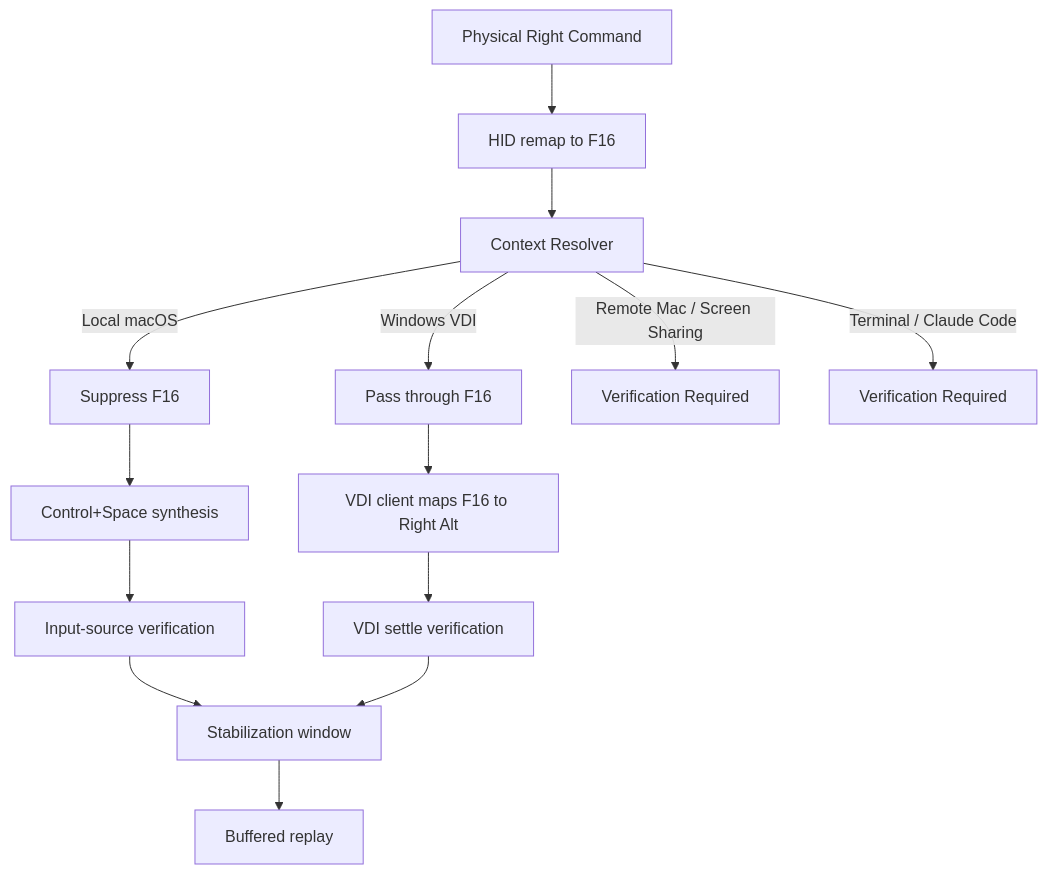
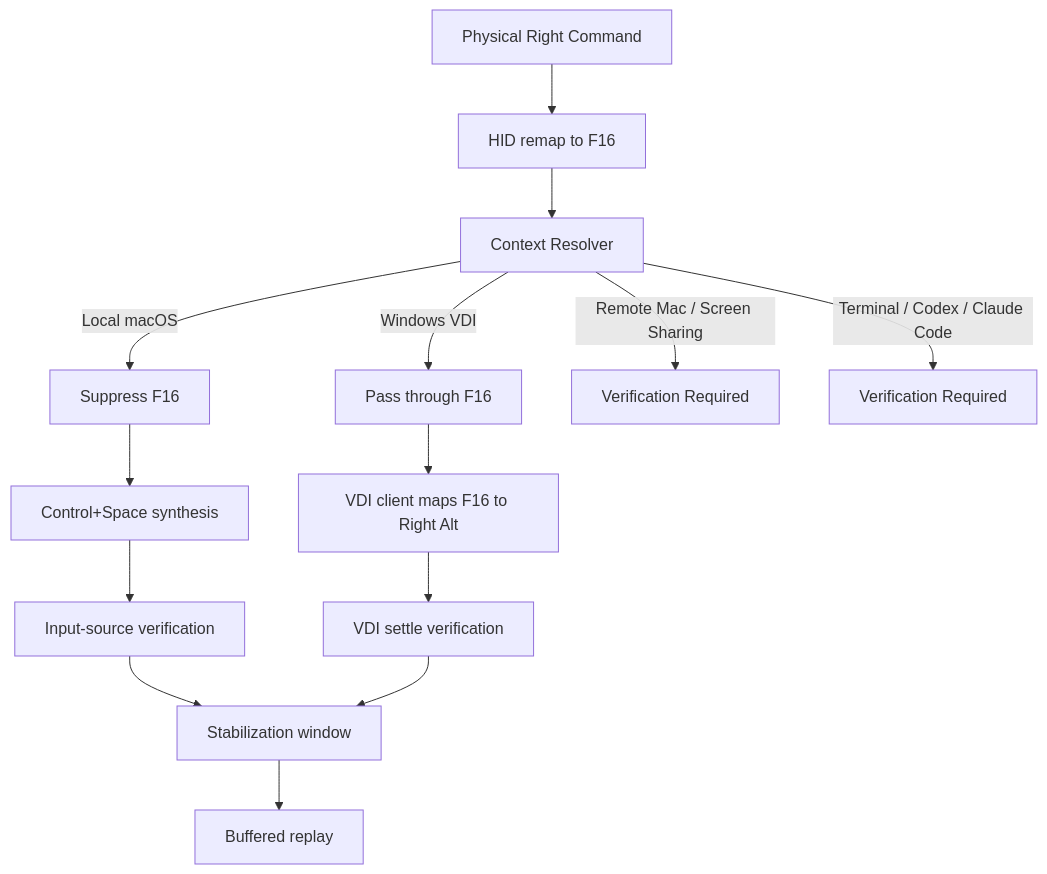
One commit to lee-minki/mac-windows-like-key changed the first of 2 diagrams in docs/design/02_ARCHITECTURE.md. Above: the diagram before and after it, drawn with Mermaid. The commit also changed other lines of this file and 14 other files, not shown here.

````diff
--- a/docs/design/02_ARCHITECTURE.md
+++ b/docs/design/02_ARCHITECTURE.md
@@ -15,16 +15,16 @@
 ```mermaid
 flowchart TD
     A[Physical Right Command] --> B[HID remap to F16]
     B --> C[Context Resolver]
     C -->|Local macOS| D[Suppress F16]
     C -->|Windows VDI| E[Pass through F16]
     C -->|Remote Mac / Screen Sharing| F[Verification Required]
-    C -->|Terminal / Claude Code| G[Verification Required]
+    C -->|Terminal / Codex / Claude Code| G[Verification Required]
     D --> H[Control+Space synthesis]
     H --> I[Input-source verification]
     E --> J[VDI client maps F16 to Right Alt]
     J --> K[VDI settle verification]
     I --> L[Stabilization window]
     K --> L
     L --> M[Buffered replay]
 ```
````
